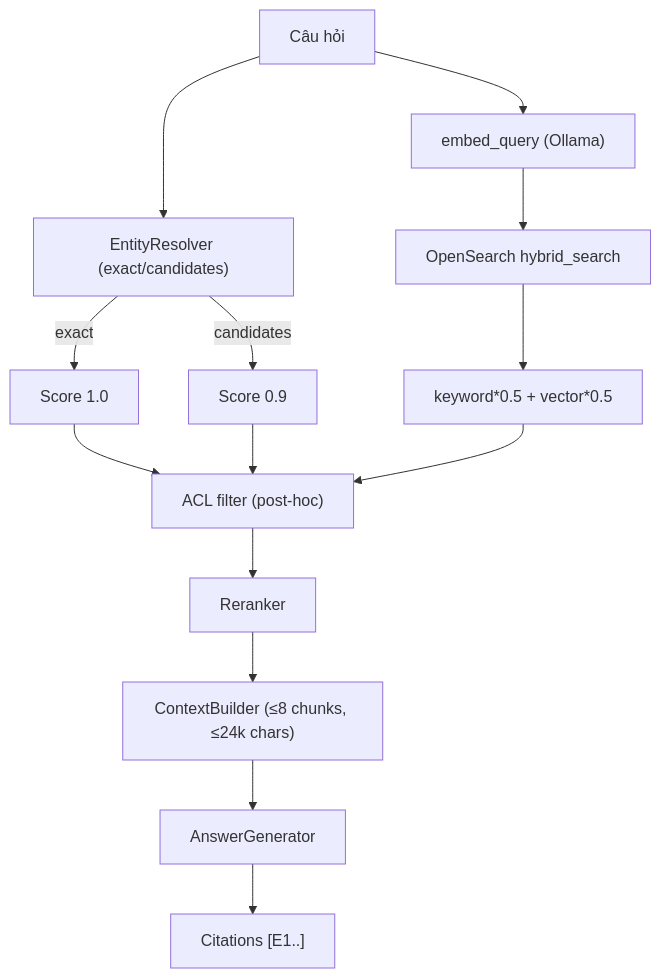
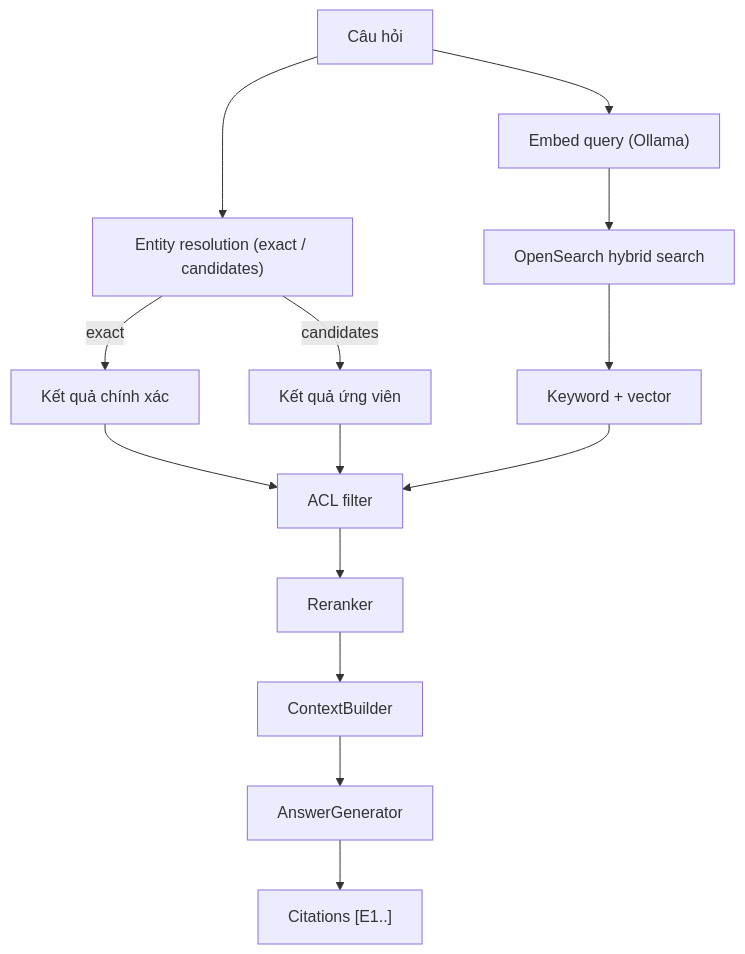
The seventh of 16 diagrams in datahub-ai-chatbot/docs/TECHNICAL_ARCHITECTURE_REPORT.md (anoreo07/datahub_ai_chatbot), drawn with Mermaid before and after one commit. The commit also changed other lines of this file and 414 other files, not shown here.

````diff
--- a/datahub-ai-chatbot/docs/TECHNICAL_ARCHITECTURE_REPORT.md
+++ b/datahub-ai-chatbot/docs/TECHNICAL_ARCHITECTURE_REPORT.md
@@ -734,14 +282,16 @@
 ```mermaid
 flowchart TD
-    Q3["Câu hỏi"] --> RES["EntityResolver (exact/candidates)"]
-    RES -->|"exact"| R1["Score 1.0"]
-    RES -->|"candidates"| R2["Score 0.9"]
-    Q3 --> EMB2["embed_query (Ollama)"]
-    EMB2 --> OS3["OpenSearch hybrid_search"]
-    OS3 --> R3["keyword*0.5 + vector*0.5"]
-    R1 & R2 & R3 --> ACL3["ACL filter (post-hoc)"]
+    Q3["Câu hỏi"] --> RES["Entity resolution (exact / candidates)"]
+    RES -->|"exact"| R1["Kết quả chính xác"]
+    RES -->|"candidates"| R2["Kết quả ứng viên"]
+    Q3 --> EMB2["Embed query (Ollama)"]
+    EMB2 --> OS3["OpenSearch hybrid search"]
+    OS3 --> R3["Keyword + vector"]
+    R1 --> ACL3["ACL filter"]
+    R2 --> ACL3
+    R3 --> ACL3
     ACL3 --> RR["Reranker"]
-    RR --> CB["ContextBuilder (≤8 chunks, ≤24k chars)"]
+    RR --> CB["ContextBuilder"]
     CB --> LLM3["AnswerGenerator"]
     LLM3 --> CIT["Citations [E1..]"]
 ```
````
